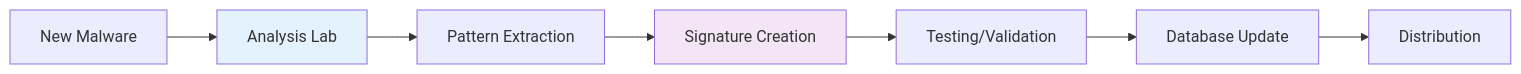
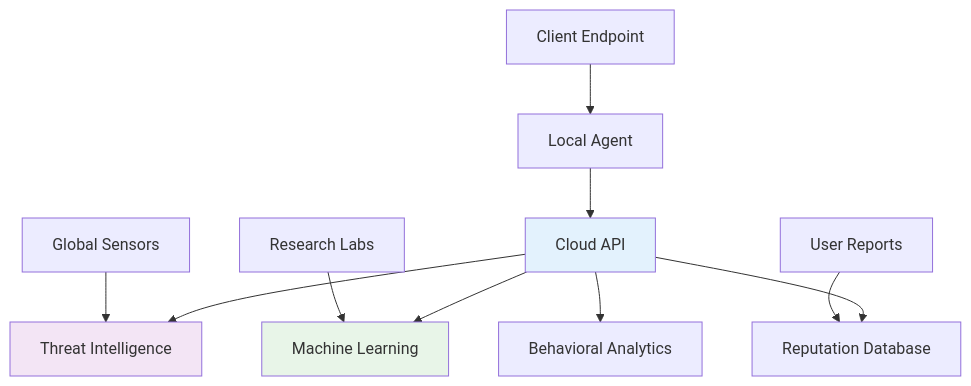
Before and after one commit to milavdabgar/studio: the second of 4 diagrams in content/resources/study-materials/32-ict/sem-5/4353204-cyber-security/slidev/13-virus-protection-mechanisms.md, drawn with Mermaid. The commit also changed other lines of this file and 18 other files, not shown here.

````diff
--- a/content/resources/study-materials/32-ict/sem-5/4353204-cyber-security/slidev/13-virus-protection-mechanisms.md
+++ b/content/resources/study-materials/32-ict/sem-5/4353204-cyber-security/slidev/13-virus-protection-mechanisms.md
@@ -119,12 +393,17 @@
 ```mermaid
-graph LR
-    A[New Malware] --> B[Analysis Lab]
-    B --> C[Pattern Extraction]
-    C --> D[Signature Creation]
-    D --> E[Testing/Validation]
-    E --> F[Database Update]
-    F --> G[Distribution]
+graph TB
+    A[Client Endpoint] --> B[Local Agent]
+    B --> C[Cloud API]
+    C --> D[Threat Intelligence]
+    C --> E[Machine Learning]
+    C --> F[Reputation Database]
+    C --> G[Behavioral Analytics]
     
-    style B fill:#e3f2fd
+    H[Global Sensors] --> D
+    I[Research Labs] --> E
+    J[User Reports] --> F
+    
+    style C fill:#e3f2fd
     style D fill:#f3e5f5
+    style E fill:#e8f5e8
 ```
````
